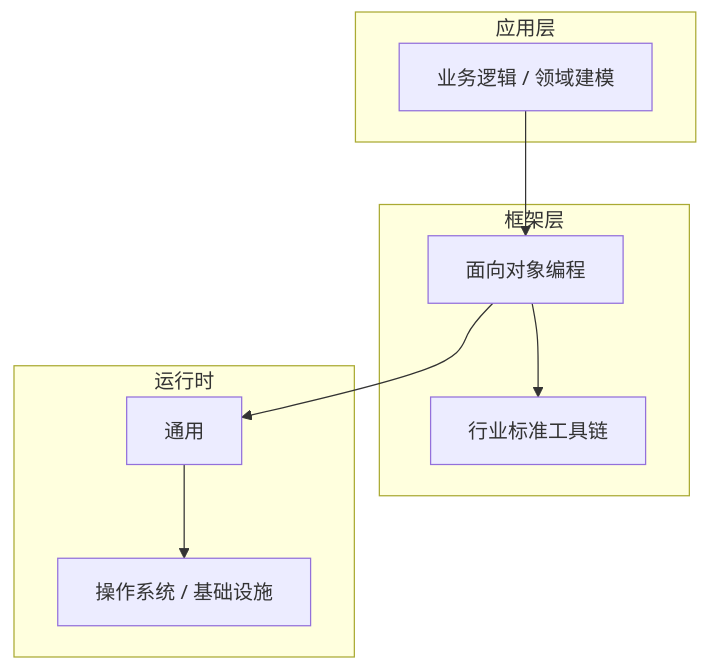
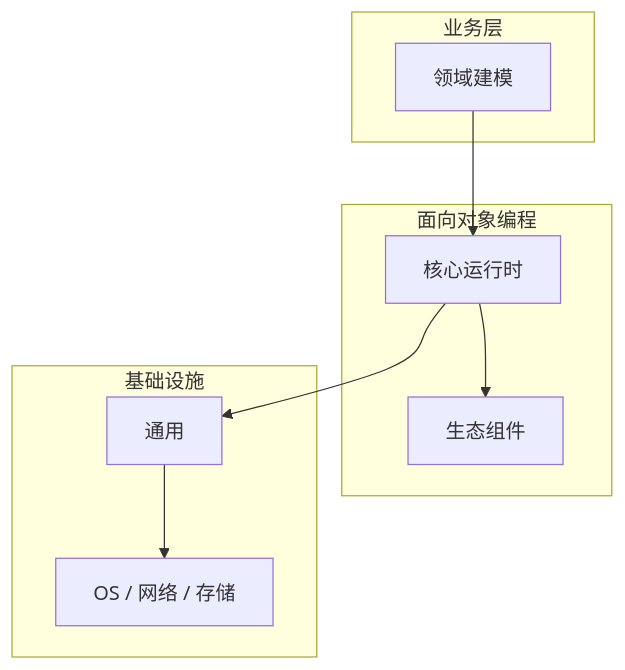
The diagram in articles/面向对象编程/chapters/071-领域建模核心概念与原理.md (yanggan2015/knowledge-json-v2), drawn with Mermaid before and after one commit. The commit also changed other lines of this file and 10127 other files, not shown here.

````diff
--- a/articles/面向对象编程/chapters/071-领域建模核心概念与原理.md
+++ b/articles/面向对象编程/chapters/071-领域建模核心概念与原理.md
@@ -45,18 +34,18 @@
 ```mermaid
 graph TB
-    subgraph 应用层
-        A[业务逻辑 / 领域建模]
+    subgraph 业务层
+        A[领域建模]
     end
-    subgraph 框架层
-        B[面向对象编程]
-        C[行业标准工具链]
+    subgraph 面向对象编程
+        B[核心运行时]
+        C[生态组件]
     end
-    subgraph 运行时
+    subgraph 基础设施
         D[通用]
-        E[操作系统 / 基础设施]
+        E[OS / 网络 / 存储]
     end
     A --> B
     B --> C
     B --> D
     D --> E
 ```
````
